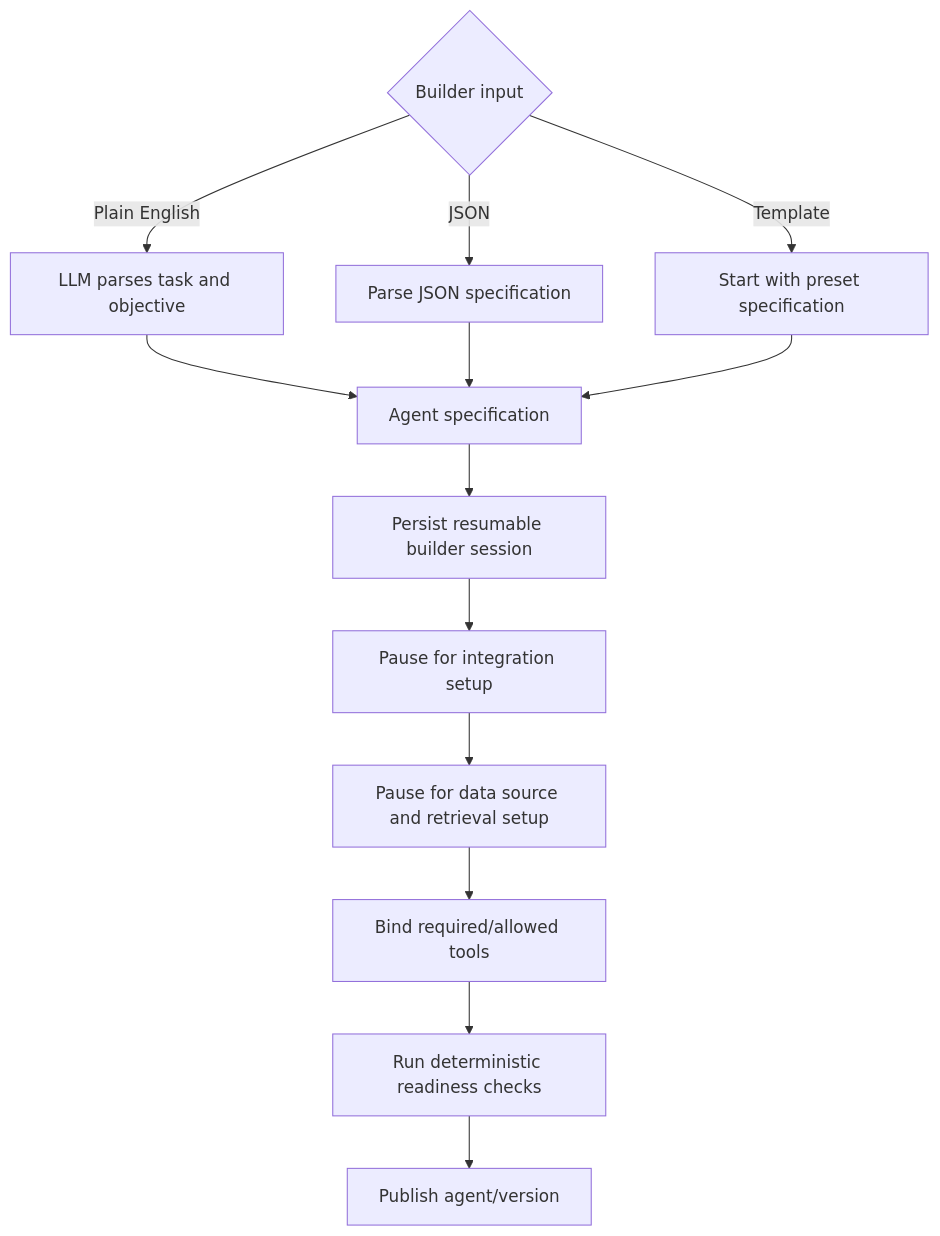
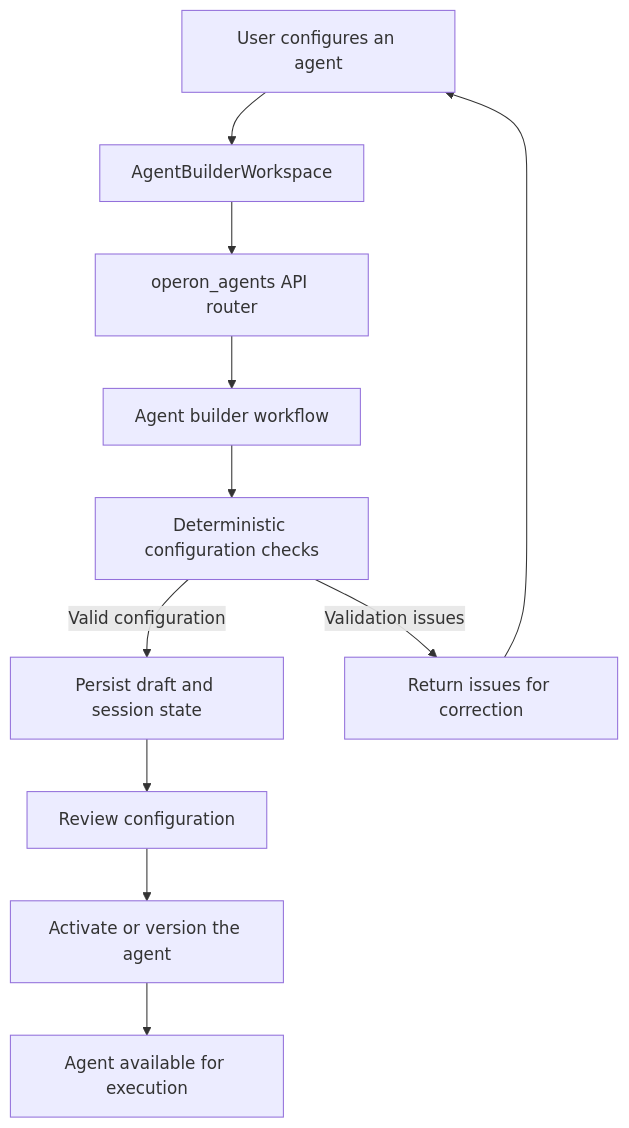
One commit to Operon-Operation-Platform/backend changed the second of 5 diagrams in README.md. Above: the diagram before and after it, drawn with Mermaid. The commit also changed other lines of this file, not shown here.

````diff
--- a/README.md
+++ b/README.md
@@ -121,15 +91,15 @@
 ```mermaid
 flowchart TD
-    Input{Builder input} -->|Plain English| Parse[LLM parses task and objective]
-    Input -->|JSON| Decode[Parse JSON specification]
-    Input -->|Template| Seed[Start with preset specification]
-    Parse --> Draft[Agent specification]
-    Decode --> Draft
-    Seed --> Draft
-    Draft --> Session[Persist resumable builder session]
-    Session --> Integrations[Pause for integration setup]
-    Integrations --> Data[Pause for data source and retrieval setup]
-    Data --> Bind[Bind required/allowed tools]
-    Bind --> Evaluate[Run deterministic readiness checks]
-    Evaluate --> Publish[Publish agent/version]
+    USER[User configures an agent] --> UI[AgentBuilderWorkspace]
+    UI --> API[operon_agents API router]
+    API --> WF[Agent builder workflow]
+    WF --> CHECK[Deterministic configuration checks]
+
+    CHECK -->|Valid configuration| SAVE[Persist draft and session state]
+    CHECK -->|Validation issues| FIX[Return issues for correction]
+
+    FIX --> USER
+    SAVE --> REVIEW[Review configuration]
+    REVIEW --> ACTIVATE[Activate or version the agent]
+    ACTIVATE --> READY[Agent available for execution]
 ```
````
